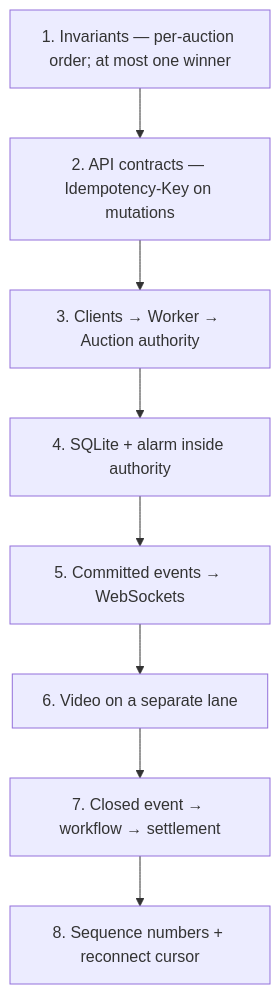
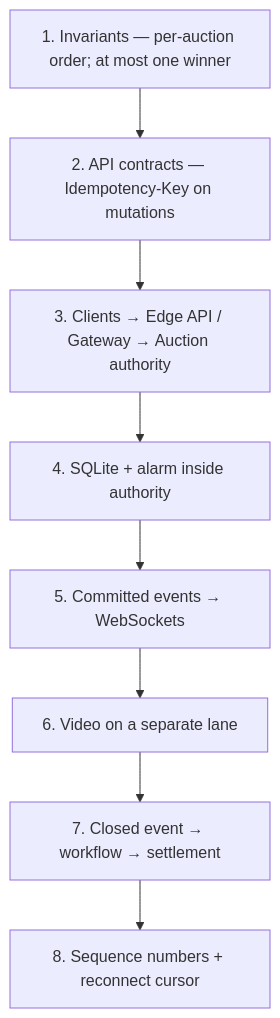
The eighth of 12 diagrams in SYSTEM_DESIGN.md (aranlucas/live-auction), drawn with Mermaid before and after one commit. The commit also changed other lines of this file, not shown here.

Commit message:
docs: label the edge API gateway boundary

````diff
--- a/SYSTEM_DESIGN.md
+++ b/SYSTEM_DESIGN.md
@@ -420,13 +443,13 @@
 ```mermaid
 flowchart TD
     A["1. Invariants — per-auction order; at most one winner"]
     B["2. API contracts — Idempotency-Key on mutations"]
-    C["3. Clients → Worker → Auction authority"]
+    C["3. Clients → Edge API / Gateway → Auction authority"]
     D["4. SQLite + alarm inside authority"]
     E["5. Committed events → WebSockets"]
     F["6. Video on a separate lane"]
     G["7. Closed event → workflow → settlement"]
     H["8. Sequence numbers + reconnect cursor"]
 
     A --> B --> C --> D --> E --> F --> G --> H
 ```
````
